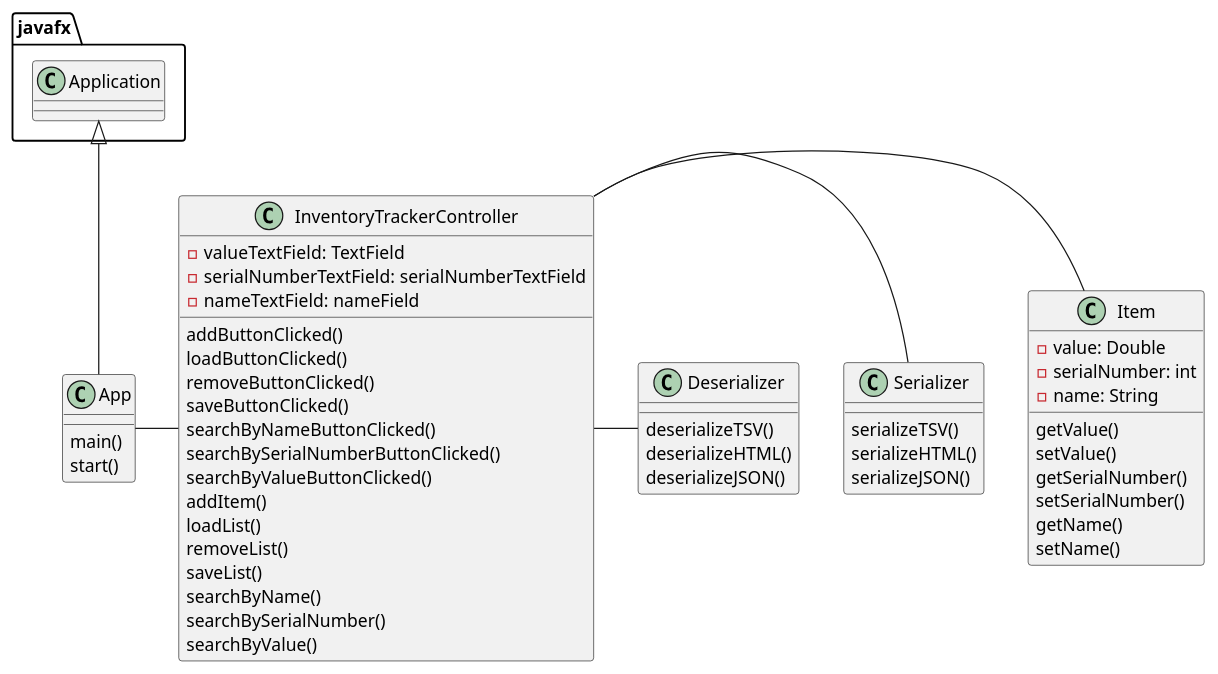
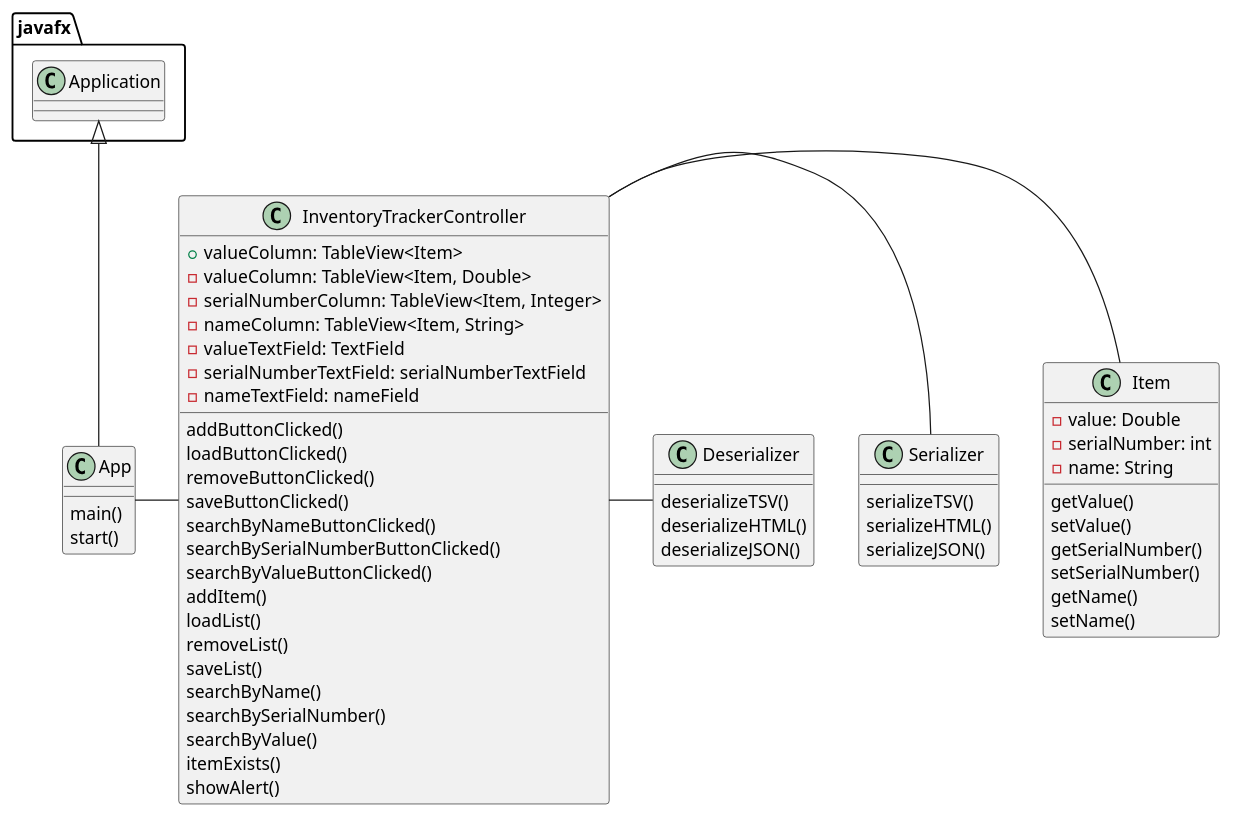
Before and after one commit to AbdelNabut/nabut-6127-a5: the diagram in uml/App.puml, drawn with PlantUML. The commit also changed 4 other files, not shown here.

Commit message:
Added two new methods: itemExists() and showAlert(). Also refactored addItem() to account for edge cases and to include all user requirements.

```diff
--- a/uml/App.puml
+++ b/uml/App.puml
@@ -1,61 +1,67 @@
 @startuml
 
 class App {
     main()
     start()
 }
 
 class InventoryTrackerController {
++ valueColumn: TableView<Item>
+- valueColumn: TableView<Item, Double>
+- serialNumberColumn: TableView<Item, Integer>
+- nameColumn: TableView<Item, String>
 - valueTextField: TextField
 - serialNumberTextField: serialNumberTextField
 - nameTextField: nameField
 addButtonClicked()
 loadButtonClicked()
 removeButtonClicked()
 saveButtonClicked()
 searchByNameButtonClicked()
 searchBySerialNumberButtonClicked()
 searchByValueButtonClicked()
 addItem()
 loadList()
 removeList()
 saveList()
 searchByName()
 searchBySerialNumber()
 searchByValue()
+itemExists()
+showAlert()
 }
 
 class Item {
 - value: Double
 - serialNumber: int
 - name: String
 getValue()
 setValue()
 getSerialNumber()
 setSerialNumber()
 getName()
 setName()
 }
 
 class Serializer {
 serializeTSV()
 serializeHTML()
 serializeJSON()
 
 }
 
 class Deserializer {
 deserializeTSV()
 deserializeHTML()
 deserializeJSON()
 }
 
 javafx.Application <|-- App
 
 App - InventoryTrackerController
 
 InventoryTrackerController - Item
 InventoryTrackerController - Serializer
 InventoryTrackerController - Deserializer
 
 @enduml
```
